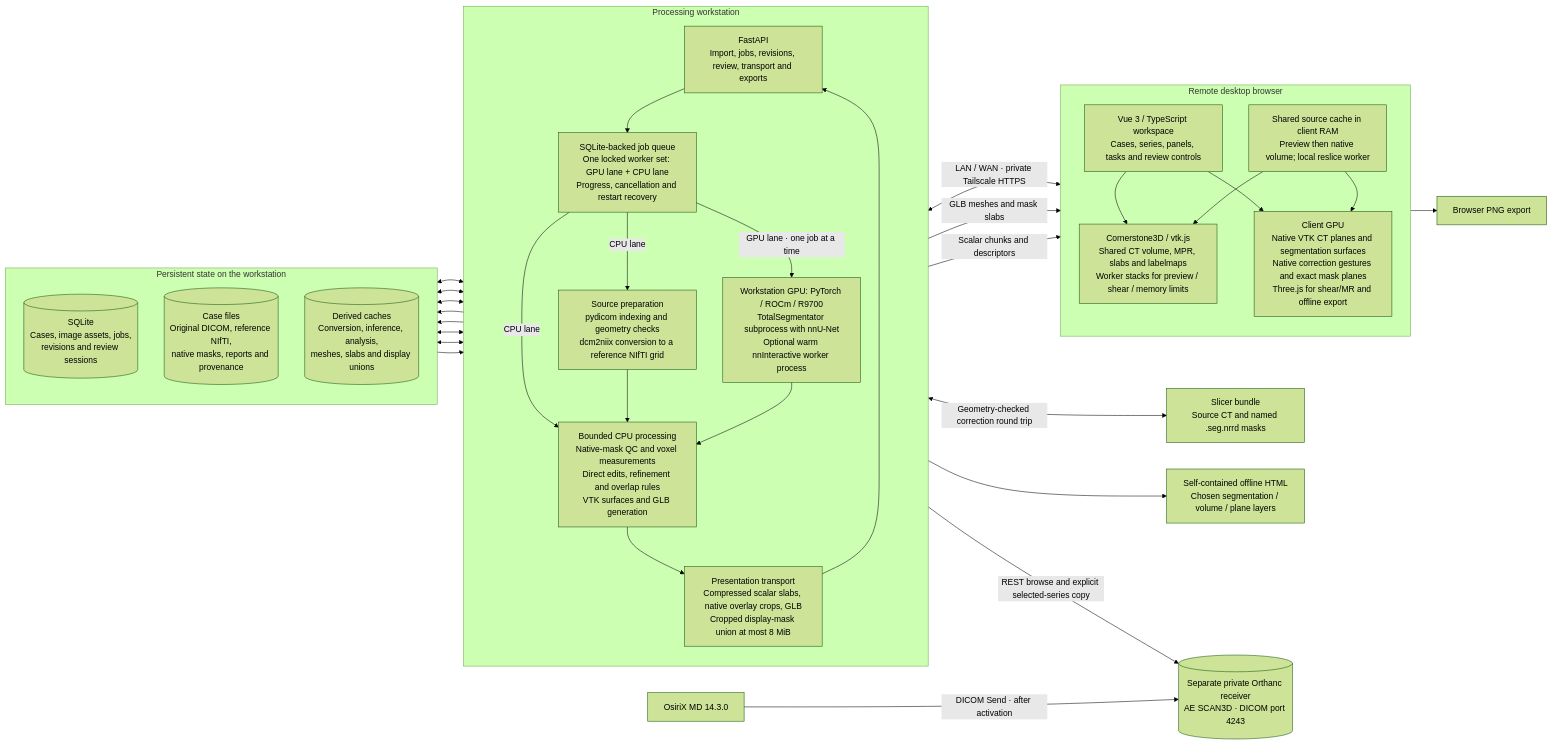
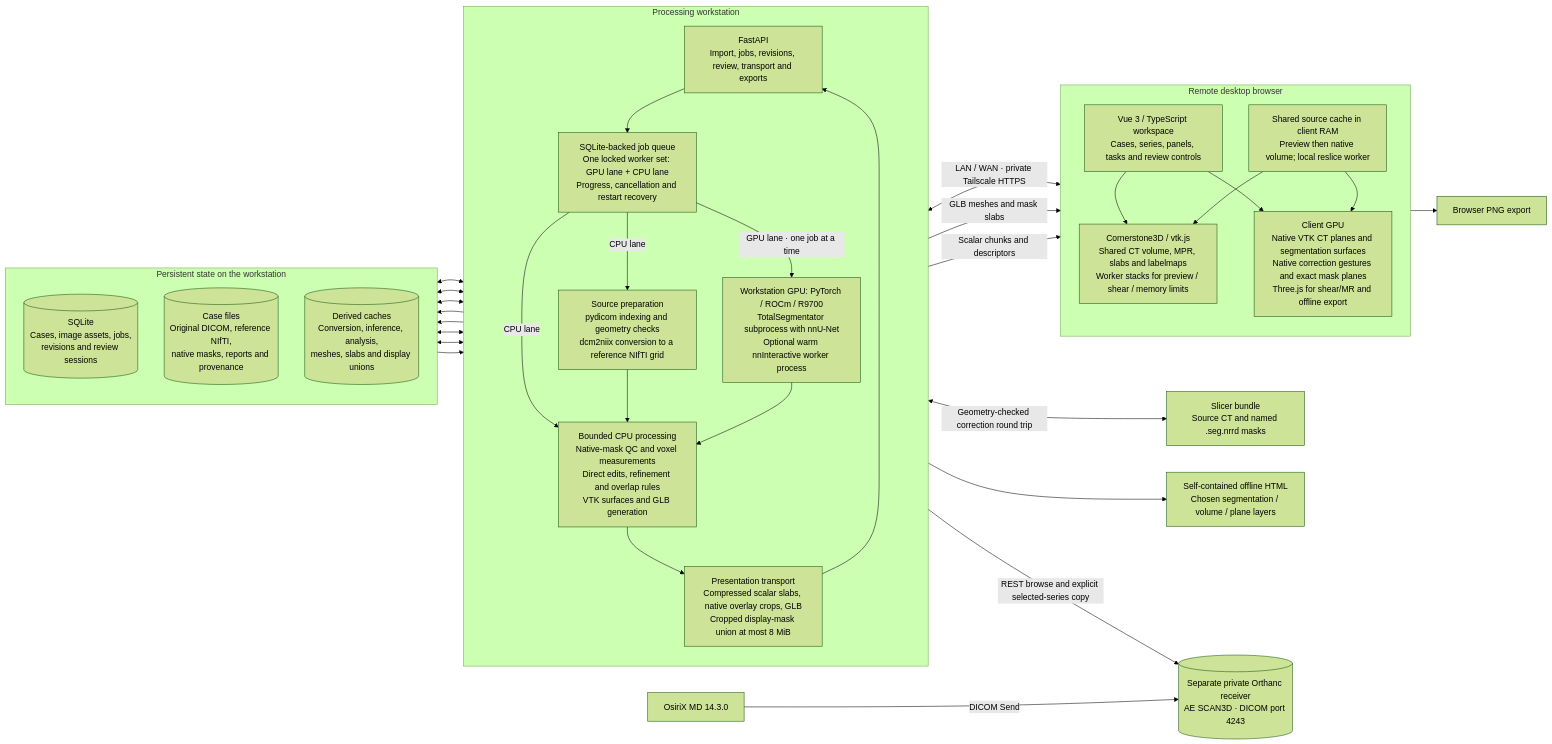
One commit to Truth129/3DScan changed the first of 3 diagrams in docs/ARCHITECTURE.md. Above: the diagram before and after it, drawn with Mermaid (forest theme). The commit also changed other lines of this file and 4 other files, not shown here.

Commit message:
Record activated OsiriX receiver and approved firewall policy

````diff
--- a/docs/ARCHITECTURE.md
+++ b/docs/ARCHITECTURE.md
@@ -28,57 +28,57 @@
 ```mermaid
 flowchart LR
   subgraph CLIENT["Remote desktop browser"]
     direction TB
     UI["Vue 3 / TypeScript workspace<br/>Cases, series, panels, tasks and review controls"]
     RAM["Shared source cache in client RAM<br/>Preview then native volume; local reslice worker"]
     CT["Cornerstone3D / vtk.js<br/>Shared CT volume, MPR, slabs and labelmaps<br/>Worker stacks for preview / shear / memory limits"]
     WEBGL["Client GPU<br/>Native VTK CT planes and segmentation surfaces<br/>Native correction gestures and exact mask planes<br/>Three.js for shear/MR and offline export"]
     UI --> CT
     UI --> WEBGL
     RAM --> CT
     RAM --> WEBGL
   end
 
   subgraph HOST["Processing workstation"]
     direction TB
     API["FastAPI<br/>Import, jobs, revisions, review, transport and exports"]
     QUEUE["SQLite-backed job queue<br/>One locked worker set: GPU lane + CPU lane<br/>Progress, cancellation and restart recovery"]
     PREP["Source preparation<br/>pydicom indexing and geometry checks<br/>dcm2niix conversion to a reference NIfTI grid"]
     GPU["Workstation GPU: PyTorch / ROCm / R9700<br/>TotalSegmentator subprocess with nnU-Net<br/>Optional warm nnInteractive worker process"]
     CPU["Bounded CPU processing<br/>Native-mask QC and voxel measurements<br/>Direct edits, refinement and overlap rules<br/>VTK surfaces and GLB generation"]
     TRANSPORT["Presentation transport<br/>Compressed scalar slabs, native overlay crops, GLB<br/>Cropped display-mask union at most 8 MiB"]
     API --> QUEUE
     QUEUE -->|"CPU lane"| PREP
     QUEUE -->|"GPU lane · one job at a time"| GPU
     QUEUE -->|"CPU lane"| CPU
     PREP --> CPU
     GPU --> CPU
     CPU --> TRANSPORT
     TRANSPORT --> API
   end
 
   subgraph STATE["Persistent state on the workstation"]
     direction TB
     DB[("SQLite<br/>Cases, image assets, jobs,<br/>revisions and review sessions")]
     FILES[("Case files<br/>Original DICOM, reference NIfTI,<br/>native masks, reports and provenance")]
     CACHE[("Derived caches<br/>Conversion, inference, analysis,<br/>meshes, slabs and display unions")]
   end
 
   UI <-->|"LAN / WAN · private Tailscale HTTPS"| API
-  OSIRIX["OsiriX MD 14.3.0"] -->|"DICOM Send · after activation"| ORTHANC[("Separate private Orthanc receiver<br/>AE SCAN3D · DICOM port 4243")]
+  OSIRIX["OsiriX MD 14.3.0"] -->|"DICOM Send"| ORTHANC[("Separate private Orthanc receiver<br/>AE SCAN3D · DICOM port 4243")]
   API -->|"REST browse and explicit selected-series copy"| ORTHANC
   API -->|"Scalar chunks and descriptors"| RAM
   API -->|"GLB meshes and mask slabs"| WEBGL
   API <--> DB
   QUEUE <--> DB
   PREP --> FILES
   CPU --> FILES
   FILES --> TRANSPORT
   CPU <--> CACHE
   GPU <--> CACHE
   TRANSPORT <--> CACHE
 
   API --> HTML["Self-contained offline HTML<br/>Chosen segmentation / volume / plane layers"]
   API <-->|"Geometry-checked correction round trip"| SLICER["Slicer bundle<br/>Source CT and named .seg.nrrd masks"]
   WEBGL --> PNG["Browser PNG export"]
 ```
````
